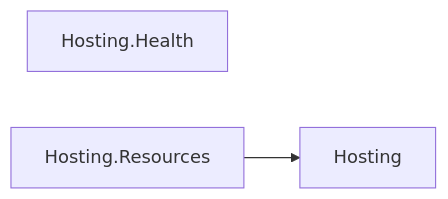
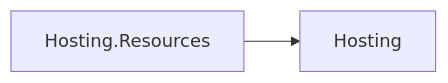
The eighth of 28 diagrams in docs/DEPENDENCIES.md (assimalign/cohesion), drawn with Mermaid before and after one commit. The commit also changed other lines of this file and 285 other files, not shown here.

````diff
--- a/docs/DEPENDENCIES.md
+++ b/docs/DEPENDENCIES.md
@@ -381,7 +381,6 @@
 ```mermaid
 flowchart LR
     N0["Hosting"]
-    N1["Hosting.Health"]
-    N2["Hosting.Resources"]
-    N2 --> N0
+    N1["Hosting.Resources"]
+    N1 --> N0
 ```
````
